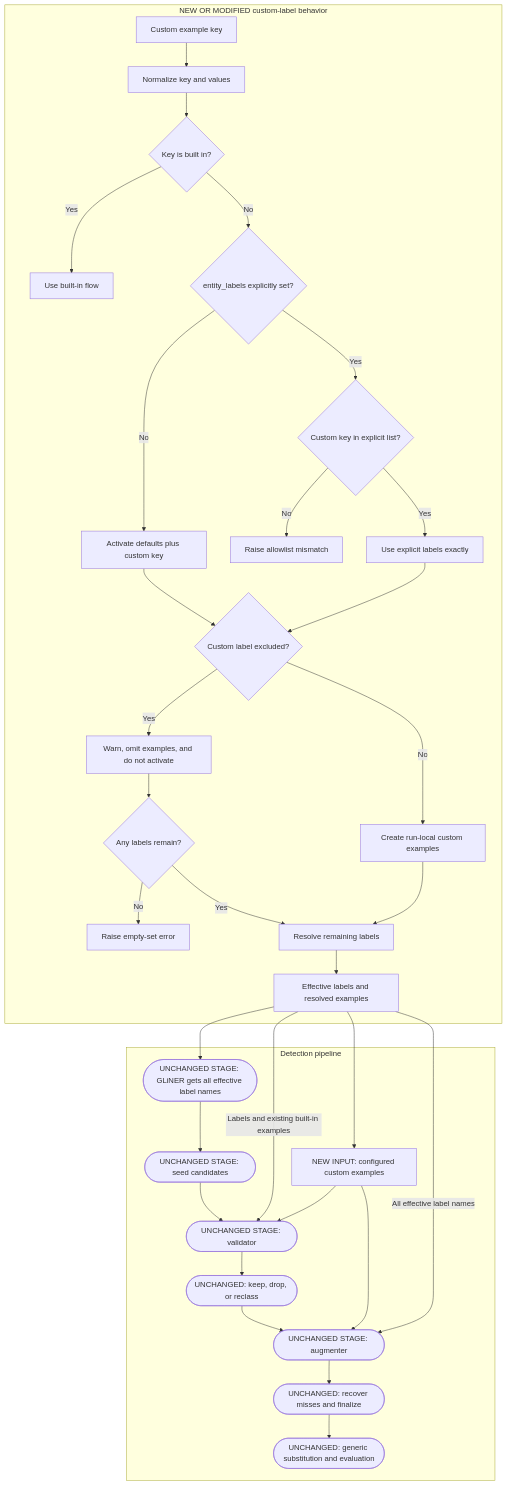
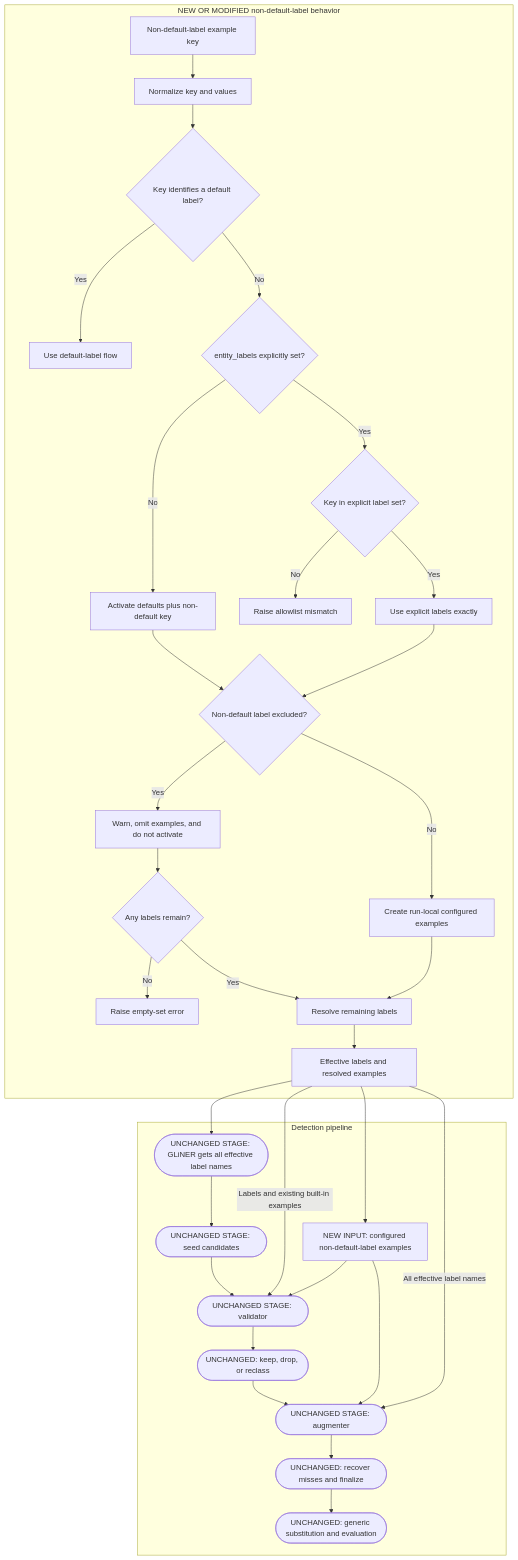
One commit to NVIDIA-NeMo/Anonymizer changed the second of 3 diagrams in plans/259-add-entity-label-examples.md. Above: the diagram before and after it, drawn with Mermaid. The commit also changed other lines of this file and 1 other file, not shown here.

````diff
--- a/plans/259-add-entity-label-examples.md
+++ b/plans/259-add-entity-label-examples.md
@@ -156,37 +164,37 @@
 ```mermaid
 flowchart TB
-    subgraph customConfig [NEW OR MODIFIED custom-label behavior]
-        CustomStart["Custom example key"] --> CustomNormalize["Normalize key and values"]
-        CustomNormalize --> CustomKnown{"Key is built in?"}
-        CustomKnown -->|"Yes"| CustomBuiltIn["Use built-in flow"]
-        CustomKnown -->|"No"| CustomExplicit{"entity_labels explicitly set?"}
-        CustomExplicit -->|"No"| CustomAuto["Activate defaults plus custom key"]
-        CustomExplicit -->|"Yes"| CustomListed{"Custom key in explicit list?"}
-        CustomListed -->|"No"| CustomMismatch["Raise allowlist mismatch"]
-        CustomListed -->|"Yes"| CustomSelected["Use explicit labels exactly"]
-        CustomAuto --> CustomExcluded{"Custom label excluded?"}
-        CustomSelected --> CustomExcluded
-        CustomExcluded -->|"Yes"| CustomWarn["Warn, omit examples, and do not activate"]
-        CustomWarn --> CustomRemaining{"Any labels remain?"}
-        CustomRemaining -->|"No"| CustomEmpty["Raise empty-set error"]
-        CustomRemaining -->|"Yes"| CustomResolve["Resolve remaining labels"]
-        CustomExcluded -->|"No"| CustomExamples["Create run-local custom examples"]
-        CustomExamples --> CustomResolve
-        CustomResolve --> CustomOntology["Effective labels and resolved examples"]
+    subgraph nonDefaultConfig [NEW OR MODIFIED non-default-label behavior]
+        NonDefaultStart["Non-default-label example key"] --> NonDefaultNormalize["Normalize key and values"]
+        NonDefaultNormalize --> NonDefaultKnown{"Key identifies a default label?"}
+        NonDefaultKnown -->|"Yes"| NonDefaultBuiltIn["Use default-label flow"]
+        NonDefaultKnown -->|"No"| NonDefaultExplicit{"entity_labels explicitly set?"}
+        NonDefaultExplicit -->|"No"| NonDefaultAuto["Activate defaults plus non-default key"]
+        NonDefaultExplicit -->|"Yes"| NonDefaultListed{"Key in explicit label set?"}
+        NonDefaultListed -->|"No"| NonDefaultMismatch["Raise allowlist mismatch"]
+        NonDefaultListed -->|"Yes"| NonDefaultSelected["Use explicit labels exactly"]
+        NonDefaultAuto --> NonDefaultExcluded{"Non-default label excluded?"}
+        NonDefaultSelected --> NonDefaultExcluded
+        NonDefaultExcluded -->|"Yes"| NonDefaultWarn["Warn, omit examples, and do not activate"]
+        NonDefaultWarn --> NonDefaultRemaining{"Any labels remain?"}
+        NonDefaultRemaining -->|"No"| NonDefaultEmpty["Raise empty-set error"]
+        NonDefaultRemaining -->|"Yes"| NonDefaultResolve["Resolve remaining labels"]
+        NonDefaultExcluded -->|"No"| NonDefaultExamples["Create run-local configured examples"]
+        NonDefaultExamples --> NonDefaultResolve
+        NonDefaultResolve --> NonDefaultOntology["Effective labels and resolved examples"]
     end
 
-    subgraph customPipeline [Detection pipeline]
-        CustomOntology --> CustomGliner(["UNCHANGED STAGE: GLiNER gets all effective label names"])
-        CustomGliner --> CustomCandidates(["UNCHANGED STAGE: seed candidates"])
-        CustomOntology -->|"Labels and existing built-in examples"| CustomValidator(["UNCHANGED STAGE: validator"])
-        CustomOntology --> CustomConfigured["NEW INPUT: configured custom examples"]
-        CustomConfigured --> CustomValidator
-        CustomCandidates --> CustomValidator
-        CustomValidator --> CustomDecisions(["UNCHANGED: keep, drop, or reclass"])
-        CustomOntology -->|"All effective label names"| CustomAugmenter(["UNCHANGED STAGE: augmenter"])
-        CustomConfigured --> CustomAugmenter
-        CustomDecisions --> CustomAugmenter
-        CustomAugmenter --> CustomFinal(["UNCHANGED: recover misses and finalize"])
-        CustomFinal --> CustomDownstream(["UNCHANGED: generic substitution and evaluation"])
+    subgraph nonDefaultPipeline [Detection pipeline]
+        NonDefaultOntology --> NonDefaultGliner(["UNCHANGED STAGE: GLiNER gets all effective label names"])
+        NonDefaultGliner --> NonDefaultCandidates(["UNCHANGED STAGE: seed candidates"])
+        NonDefaultOntology -->|"Labels and existing built-in examples"| NonDefaultValidator(["UNCHANGED STAGE: validator"])
+        NonDefaultOntology --> NonDefaultConfigured["NEW INPUT: configured non-default-label examples"]
+        NonDefaultConfigured --> NonDefaultValidator
+        NonDefaultCandidates --> NonDefaultValidator
+        NonDefaultValidator --> NonDefaultDecisions(["UNCHANGED: keep, drop, or reclass"])
+        NonDefaultOntology -->|"All effective label names"| NonDefaultAugmenter(["UNCHANGED STAGE: augmenter"])
+        NonDefaultConfigured --> NonDefaultAugmenter
+        NonDefaultDecisions --> NonDefaultAugmenter
+        NonDefaultAugmenter --> NonDefaultFinal(["UNCHANGED: recover misses and finalize"])
+        NonDefaultFinal --> NonDefaultDownstream(["UNCHANGED: generic substitution and evaluation"])
     end
 ```
````
